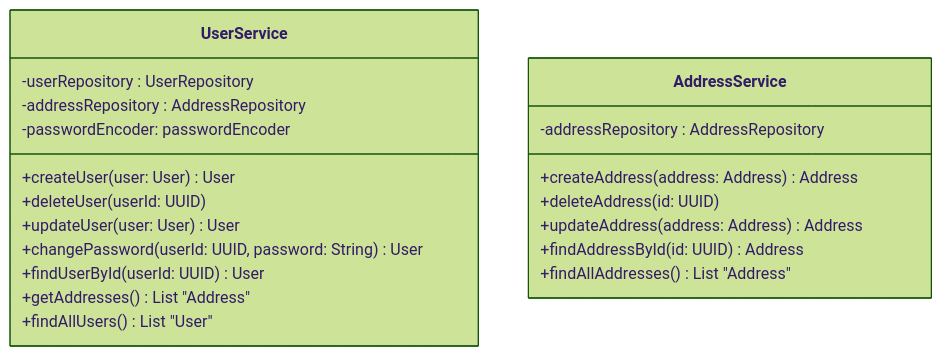
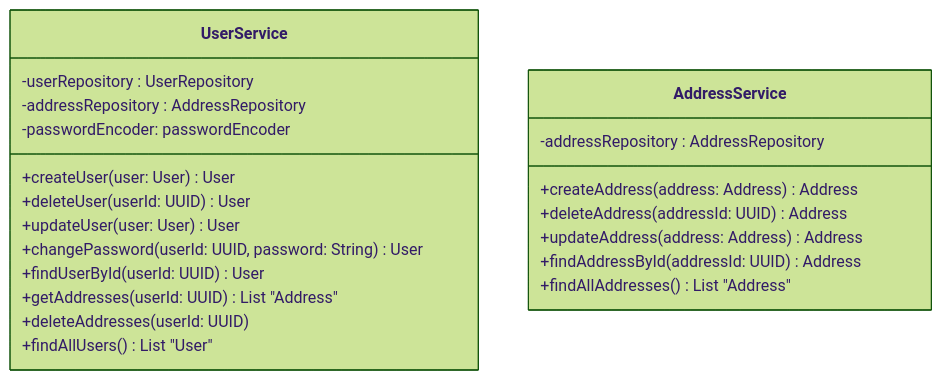
The fifth of 6 diagrams in documentation/user_management_service/user_management_service.md (fruzsina-banyai/webshop), drawn with Mermaid (forest theme) before and after one commit. The commit also changed other lines of this file and 1 other file, not shown here.

First line of the commit message:
Update documentation for user management and product catalog (#14)

````diff
--- a/documentation/user_management_service/user_management_service.md
+++ b/documentation/user_management_service/user_management_service.md
@@ -57,23 +59,24 @@
 ```mermaid
 classDiagram
     class UserService {      
         -userRepository : UserRepository
         -addressRepository : AddressRepository
         -passwordEncoder: passwordEncoder
         +createUser(user: User) User
-        +deleteUser(userId: UUID)
+        +deleteUser(userId: UUID) User
         +updateUser(user: User) User
         +changePassword(userId: UUID, password: String) User
         +findUserById(userId: UUID) User
-        +getAddresses() List "Address"
+        +getAddresses(userId: UUID) List "Address"
+        +deleteAddresses(userId: UUID)
         +findAllUsers() List "User"
     }
     class AddressService { 
         -addressRepository : AddressRepository
         +createAddress(address: Address) Address
-        +deleteAddress(id: UUID)
+        +deleteAddress(addressId: UUID) Address
         +updateAddress(address: Address) Address
-        +findAddressById(id: UUID) Address
+        +findAddressById(addressId: UUID) Address
         +findAllAddresses() List "Address"
     }
 ```
````
